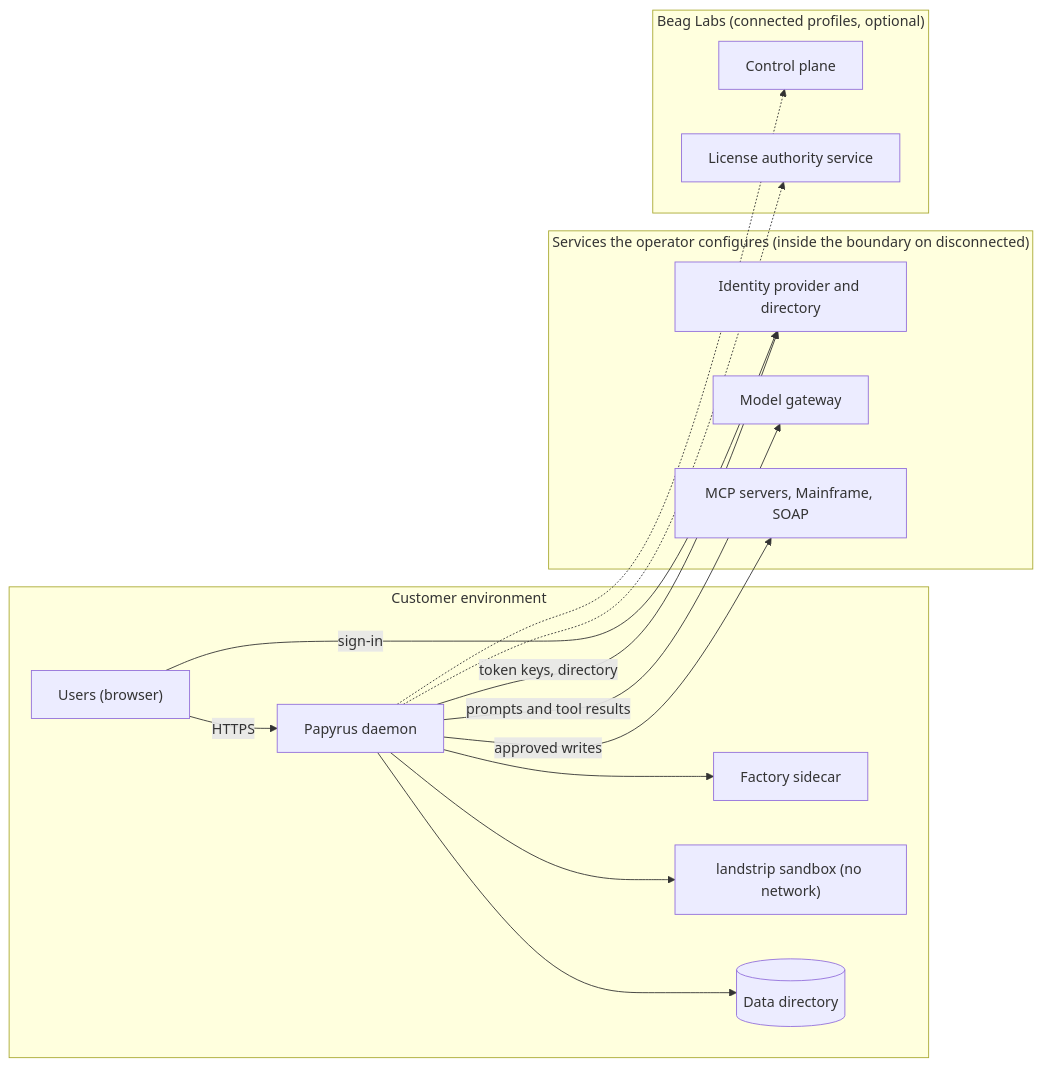
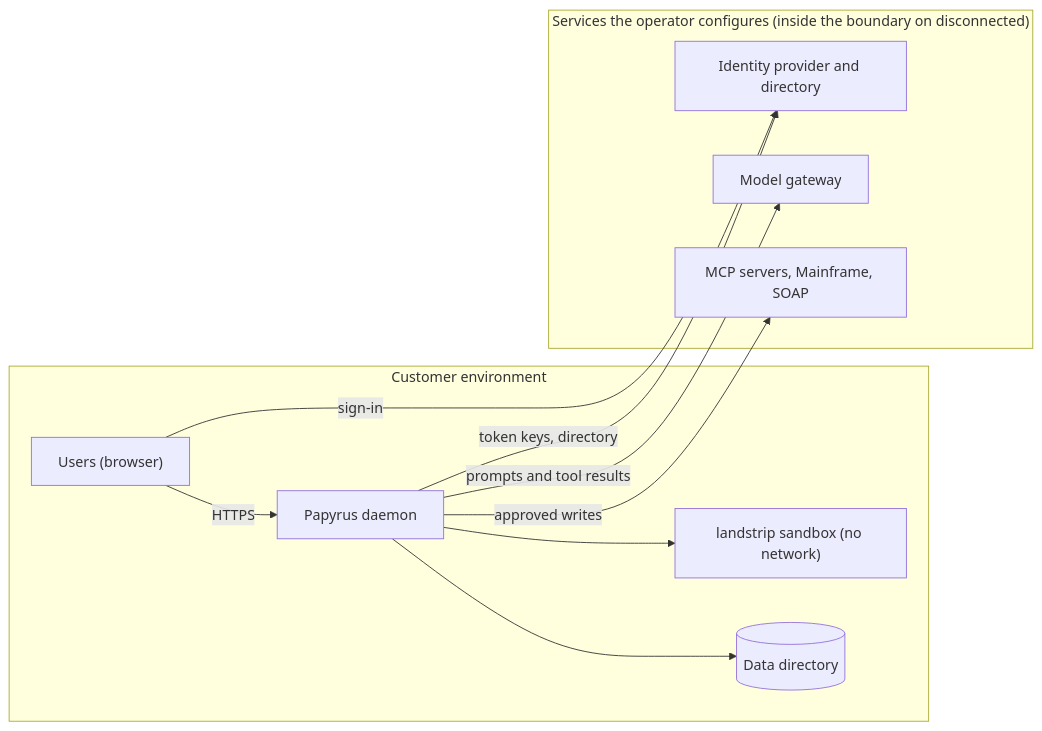
The first of 3 diagrams in public/compliance/papyrus/source/architecture.md (beaglabs/www.beaglabs.com), drawn with Mermaid before and after one commit. The commit also changed other lines of this file and 38 other files, not shown here.

````diff
--- a/public/compliance/papyrus/source/architecture.md
+++ b/public/compliance/papyrus/source/architecture.md
@@ -34,29 +31,21 @@
 ```mermaid
 flowchart LR
   subgraph CUST["Customer environment"]
     USR["Users (browser)"]
     DMN["Papyrus daemon"]
-    FAC["Factory sidecar"]
     SBX["landstrip sandbox (no network)"]
     DATA[("Data directory")]
   end
   subgraph SVC["Services the operator configures (inside the boundary on disconnected)"]
     IDP["Identity provider and directory"]
     GW["Model gateway"]
     SYS["MCP servers, Mainframe, SOAP"]
   end
-  subgraph BEAG["Beag Labs (connected profiles, optional)"]
-    CP["Control plane"]
-    LIC["License authority service"]
-  end
   USR -->|HTTPS| DMN
   USR -->|sign-in| IDP
-  DMN --> FAC
   DMN --> SBX
   DMN --> DATA
   DMN -->|token keys, directory| IDP
   DMN -->|prompts and tool results| GW
   DMN -->|approved writes| SYS
-  DMN -.-> CP
-  DMN -.-> LIC
 ```
````
